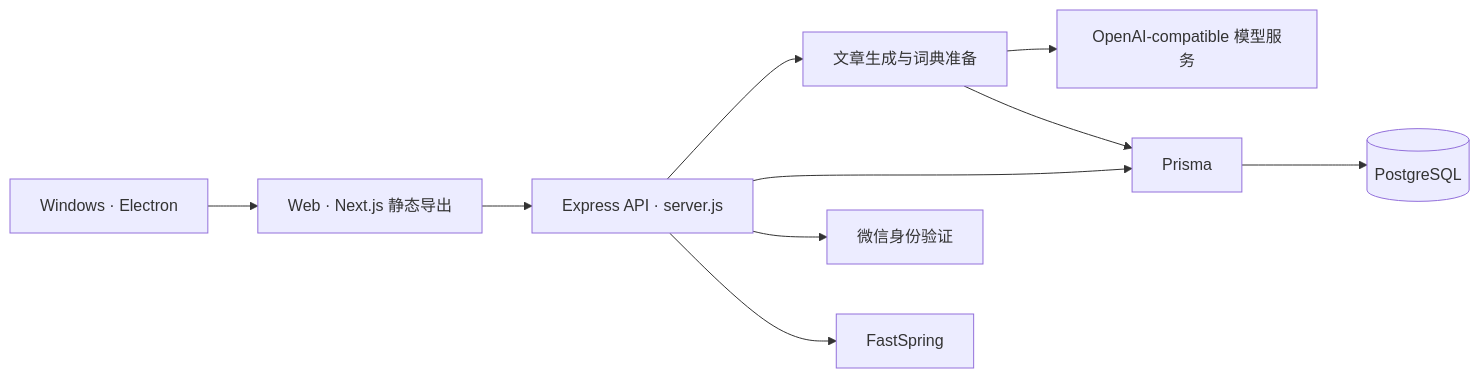
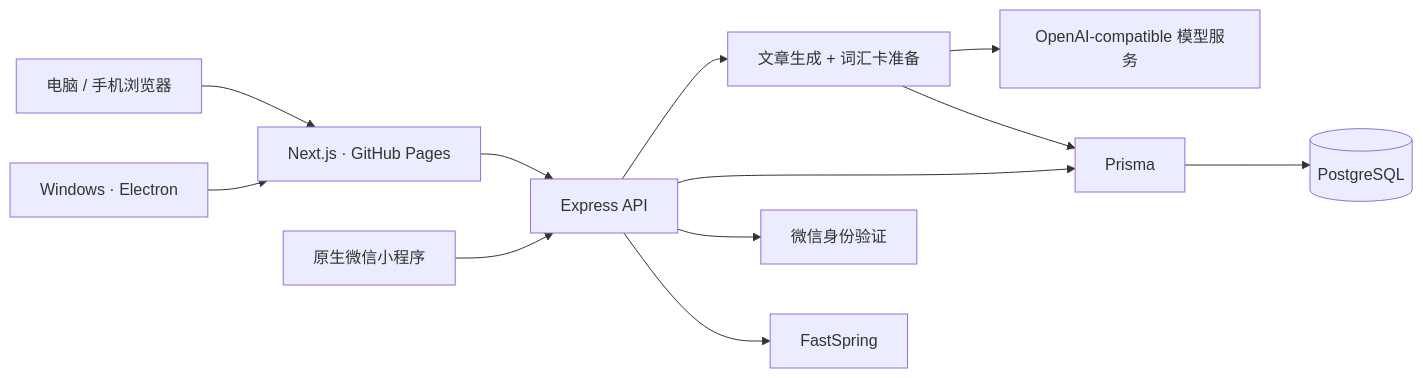
The diagram in README.md (YanYihann/Texta), drawn with Mermaid before and after one commit. The commit also changed other lines of this file and 116 other files, not shown here.

Commit message:
Unify web and WeChat mini program sources and rewrite project README

````diff
--- a/README.md
+++ b/README.md
@@ -101,12 +157,14 @@
 ```mermaid
 flowchart LR
-  Web["Web · Next.js 静态导出"] --> API["Express API · server.js"]
+  Browser["电脑 / 手机浏览器"] --> Web["Next.js · GitHub Pages"]
   Desktop["Windows · Electron"] --> Web
-  API --> Gen["文章生成与词典准备"]
-  Gen --> Model["OpenAI-compatible 模型服务"]
-  API --> ORM["Prisma"]
-  Gen --> ORM
-  ORM --> DB[(PostgreSQL)]
-  API --> Auth["微信身份验证"]
-  API --> Pay["FastSpring"]
+  Web --> API["Express API"]
+  Mini["原生微信小程序"] --> API
+  API --> Generation["文章生成 + 词汇卡准备"]
+  Generation --> Model["OpenAI-compatible 模型服务"]
+  API --> Prisma["Prisma"]
+  Generation --> Prisma
+  Prisma --> DB[(PostgreSQL)]
+  API --> WeChat["微信身份验证"]
+  API --> Payment["FastSpring"]
 ```
````
